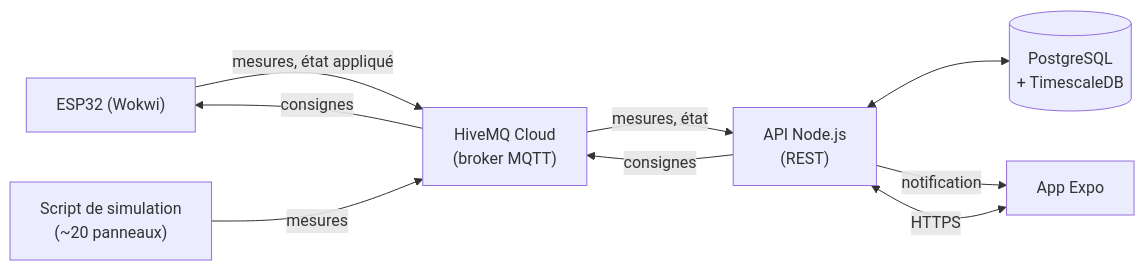
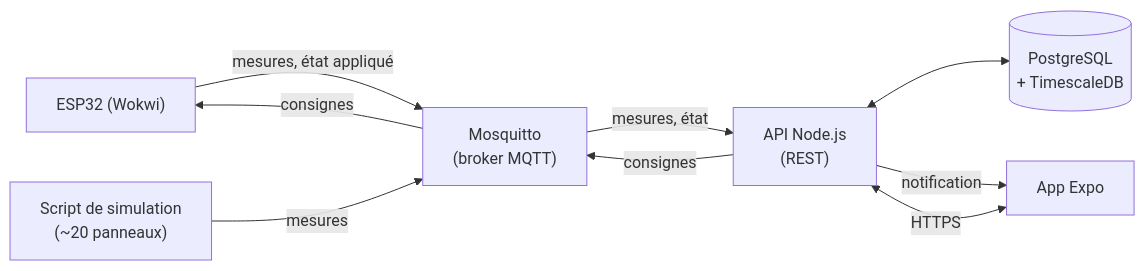
Before and after one commit to SamuelLnds/proj-app-mobile-co: the diagram in docs/etude-faisabilite-parc-solaire.md, drawn with Mermaid. The commit also changed other lines of this file and 116 other files, not shown here.

````diff
--- a/docs/etude-faisabilite-parc-solaire.md
+++ b/docs/etude-faisabilite-parc-solaire.md
@@ -116,11 +116,11 @@
 ```mermaid
 flowchart LR
-  ESP["ESP32 (Wokwi)"] -- "mesures, état appliqué" --> B["HiveMQ Cloud<br/>(broker MQTT)"]
+  ESP["ESP32 (Wokwi)"] -- "mesures, état appliqué" --> B["Mosquitto<br/>(broker MQTT)"]
   SIM["Script de simulation<br/>(~20 panneaux)"] -- "mesures" --> B
   B -- "mesures, état" --> API["API Node.js<br/>(REST)"]
   API -- "consignes" --> B
   B -- "consignes" --> ESP
   API <--> DB[("PostgreSQL<br/>+ TimescaleDB")]
   APP["App Expo"] <-- "HTTPS" --> API
   API -- "notification" --> APP
 ```
````
